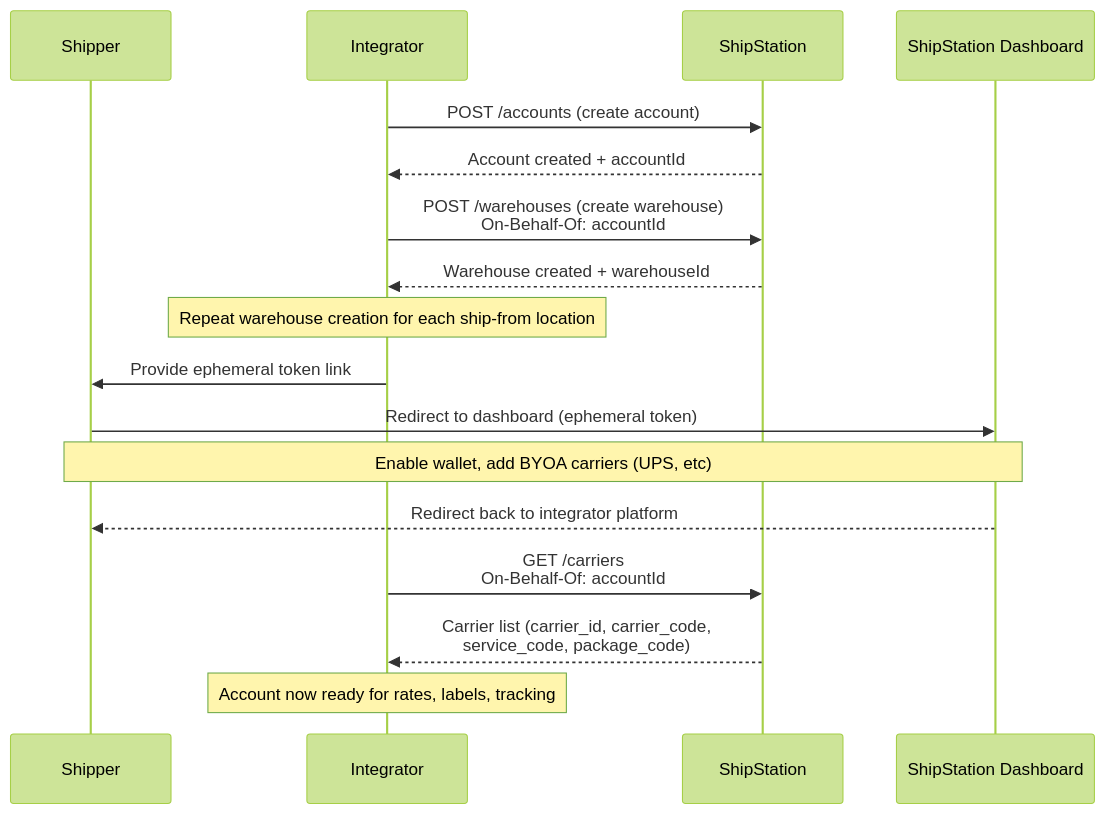
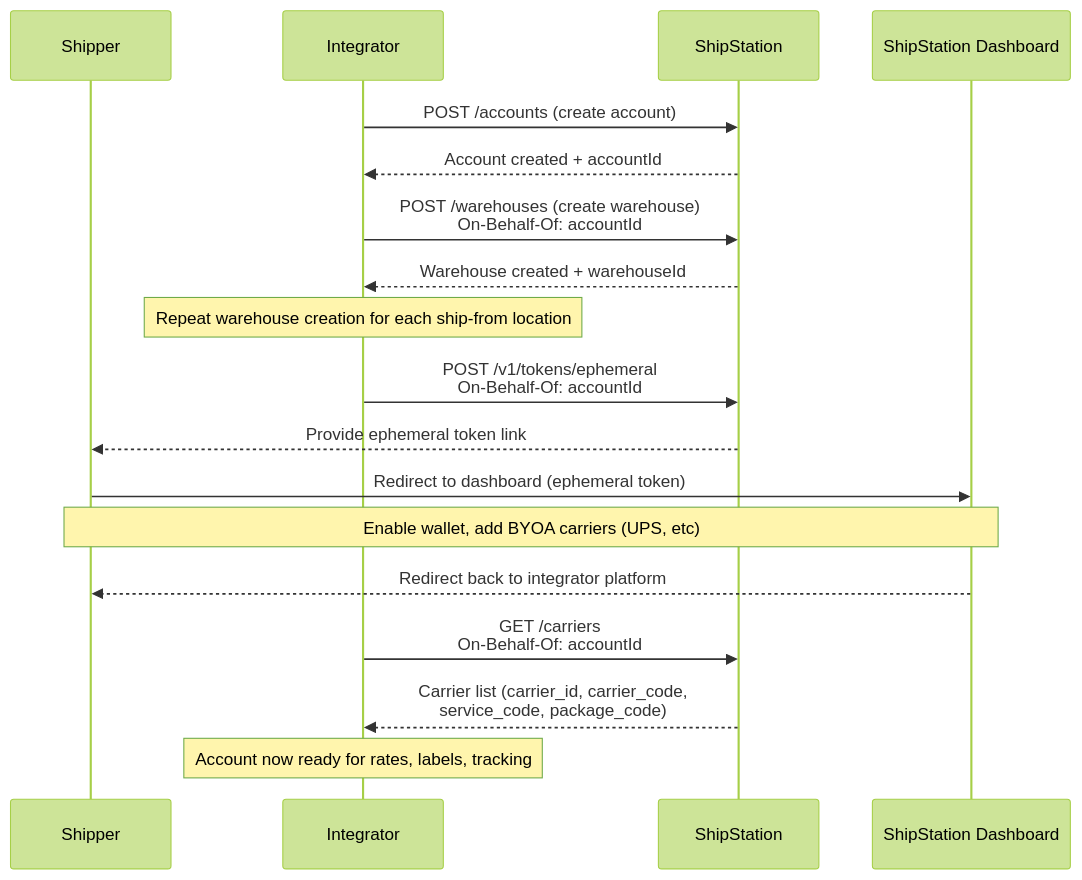
The diagram in patterns/partner api/carrier-portal-onboarding.md (pmcgee-personal/shipstation-integration-toolkit), drawn with Mermaid (forest theme) before and after one commit. The commit also changed other lines of this file, not shown here.

Commit message:
update: partner api patterns

````diff
--- a/patterns/partner api/carrier-portal-onboarding.md
+++ b/patterns/partner api/carrier-portal-onboarding.md
@@ -9,25 +9,27 @@
 ```mermaid
 sequenceDiagram
     participant Shipper
     participant Integrator
     participant ShipStation
     participant SSAPIDashboard as ShipStation Dashboard
 
     Integrator->>ShipStation: POST /accounts (create account)
     ShipStation-->>Integrator: Account created + accountId
 
     Integrator->>ShipStation: POST /warehouses (create warehouse)<br/>On-Behalf-Of: accountId
     ShipStation-->>Integrator: Warehouse created + warehouseId
 
     Note over Integrator: Repeat warehouse creation for each ship-from location
 
-    Integrator->>Shipper: Provide ephemeral token link
+    Integrator->>ShipStation: POST /v1/tokens/ephemeral<br/>On-Behalf-Of: accountId
+    ShipStation-->>Shipper: Provide ephemeral token link
+
     Shipper->>SSAPIDashboard: Redirect to dashboard (ephemeral token)
     Note over Shipper,SSAPIDashboard: Enable wallet, add BYOA carriers (UPS, etc)
     SSAPIDashboard-->>Shipper: Redirect back to integrator platform
 
     Integrator->>ShipStation: GET /carriers<br/>On-Behalf-Of: accountId
     ShipStation-->>Integrator: Carrier list (carrier_id, carrier_code,<br/>service_code, package_code)
 
     Note over Integrator: Account now ready for rates, labels, tracking
 ```
````
